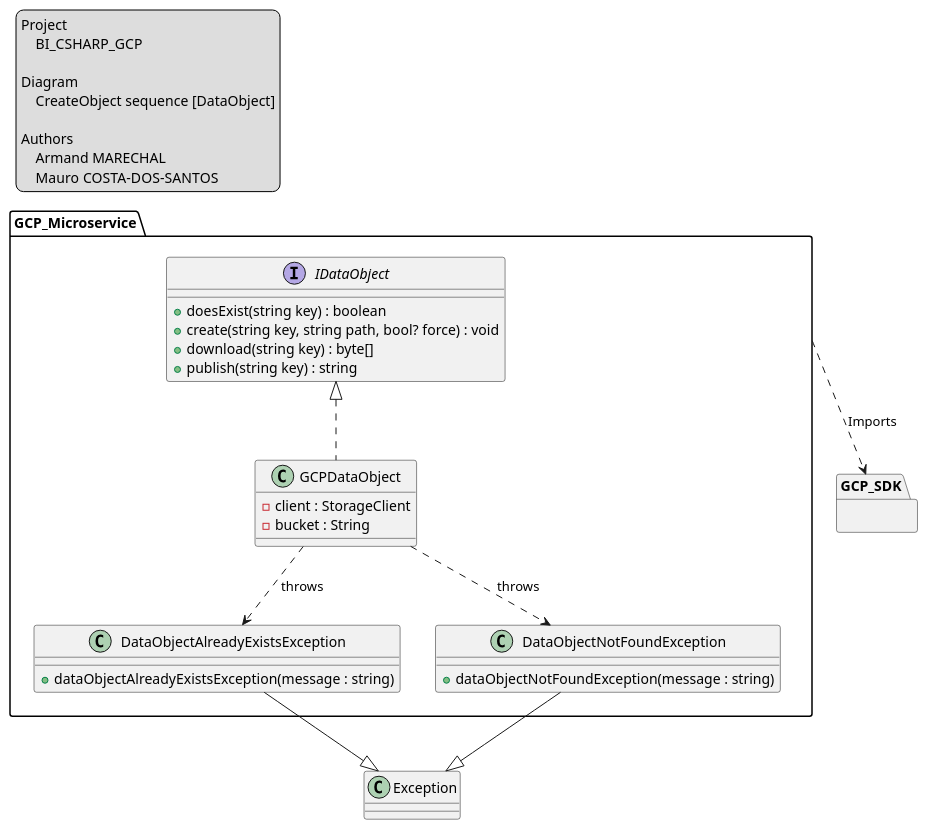
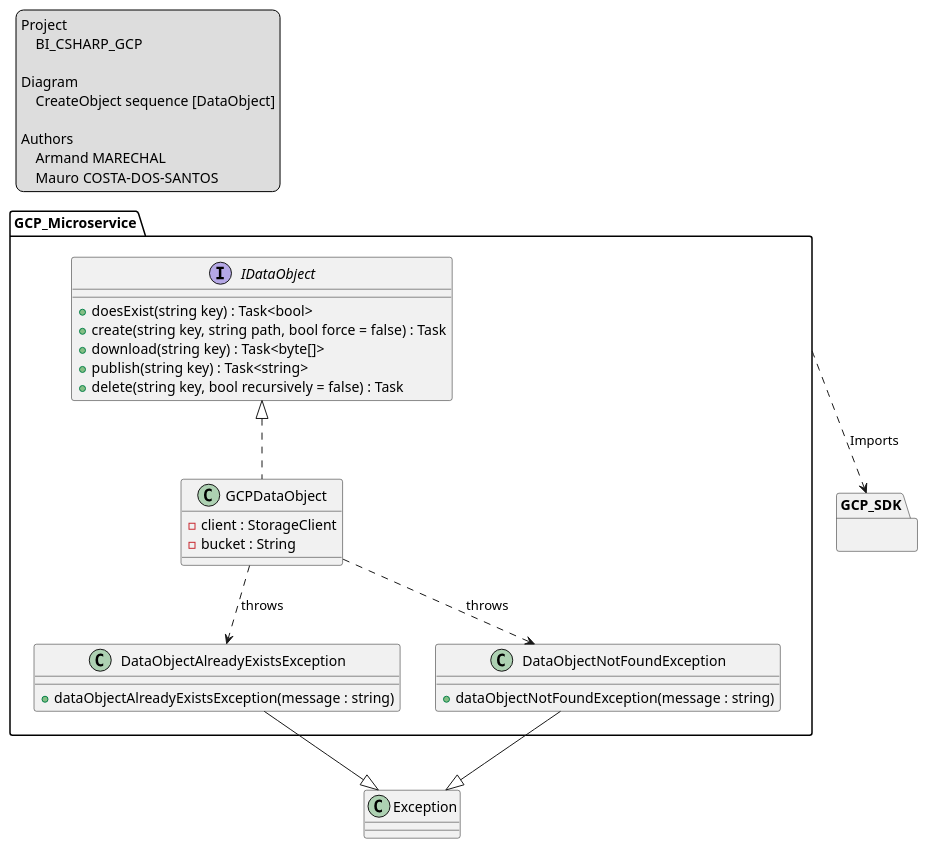
One commit to CPNV-ES-BI/BI_CSHARP_GCP changed the diagram in doc/classes/data_object.puml. Above: the diagram before and after it, drawn with PlantUML. The commit also changed 4 other files, not shown here.

Commit message:
Update diagram

```diff
--- a/doc/classes/data_object.puml
+++ b/doc/classes/data_object.puml
@@ -1,50 +1,51 @@
 @startuml DataObject
 
 legend top left
     Project
         BI_CSHARP_GCP
 
     Diagram
         CreateObject sequence [DataObject]
 
     Authors
         Armand MARECHAL
         Mauro COSTA-DOS-SANTOS 
 endlegend
 
 package GCP_Microservice {
     interface IDataObject {
-     +doesExist(string key) : boolean
-     +create(string key, string path, bool? force) : void
-     +download(string key) : byte[]
-     +publish(string key) : string
+     +doesExist(string key) : Task<bool>
+     +create(string key, string path, bool force = false) : Task
+     +download(string key) : Task<byte[]>
+     +publish(string key) : Task<string>
+     +delete(string key, bool recursively = false) : Task
     }
 
     class GCPDataObject {
      -client : StorageClient
      -bucket : String
     }
 
     class DataObjectAlreadyExistsException {
      +dataObjectAlreadyExistsException(message : string)
     }
 
     class DataObjectNotFoundException {
      +dataObjectNotFoundException(message : string)
     }
 }
 
 package GCP_SDK {}
 
 IDataObject <|.. GCPDataObject
 GCP_Microservice ..> GCP_SDK: Imports
 
 class Exception
 
 GCPDataObject ..> DataObjectAlreadyExistsException : throws
 GCPDataObject ..> DataObjectNotFoundException : throws
 
 DataObjectAlreadyExistsException --|> Exception
 DataObjectNotFoundException --|> Exception
 
 @enduml
```
